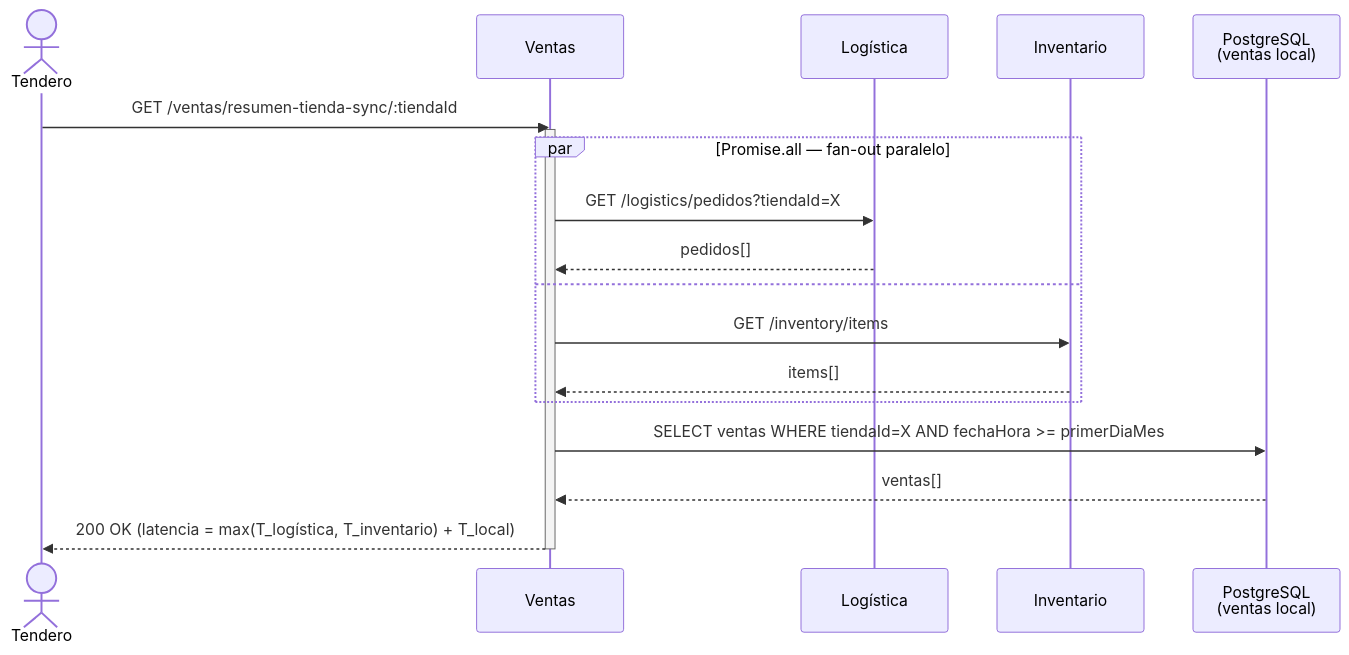
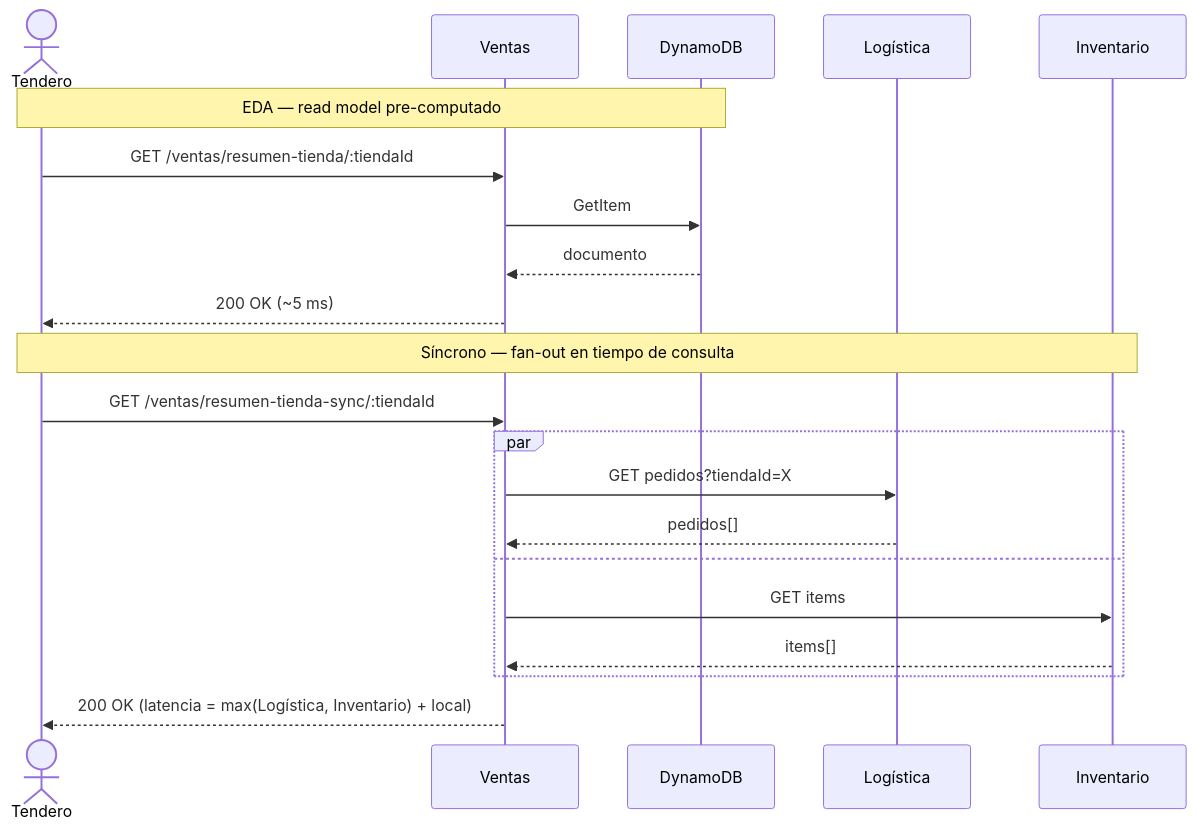
Before and after one commit to ISIS-2212-Arquitecturas-Robustas/laboratorios: the second of 3 diagrams in lab_8/lab_8_eda_cqrs_event_sourcing.md, drawn with Mermaid. The commit also changed other lines of this file, not shown here.

Commit message:
Diagrama

````diff
--- a/lab_8/lab_8_eda_cqrs_event_sourcing.md
+++ b/lab_8/lab_8_eda_cqrs_event_sourcing.md
@@ -170,22 +143,25 @@
 ```mermaid
 sequenceDiagram
     actor Tendero
-    participant V as Ventas
-    participant L as Logística
-    participant I as Inventario
-    participant PG as PostgreSQL<br/>(ventas local)
+    participant Ventas
+    participant DynamoDB
+    participant Logística
+    participant Inventario
 
-    Tendero->>V: GET /ventas/resumen-tienda-sync/:tiendaId
-    activate V
-    par Promise.all — fan-out paralelo
-        V->>L: GET /logistics/pedidos?tiendaId=X
-        L-->>V: pedidos[]
+    Note over Tendero,DynamoDB: EDA — read model pre-computado
+    Tendero->>Ventas: GET /ventas/resumen-tienda/:tiendaId
+    Ventas->>DynamoDB: GetItem
+    DynamoDB-->>Ventas: documento
+    Ventas-->>Tendero: 200 OK (~5 ms)
+
+    Note over Tendero,Inventario: Síncrono — fan-out en tiempo de consulta
+    Tendero->>Ventas: GET /ventas/resumen-tienda-sync/:tiendaId
+    par
+        Ventas->>Logística: GET pedidos?tiendaId=X
+        Logística-->>Ventas: pedidos[]
     and
-        V->>I: GET /inventory/items
-        I-->>V: items[]
+        Ventas->>Inventario: GET items
+        Inventario-->>Ventas: items[]
     end
-    V->>PG: SELECT ventas WHERE tiendaId=X AND fechaHora >= primerDiaMes
-    PG-->>V: ventas[]
-    V-->>Tendero: 200 OK  (latencia = max(T_logística, T_inventario) + T_local)
-    deactivate V
+    Ventas-->>Tendero: 200 OK (latencia = max(Logística, Inventario) + local)
 ```
````
